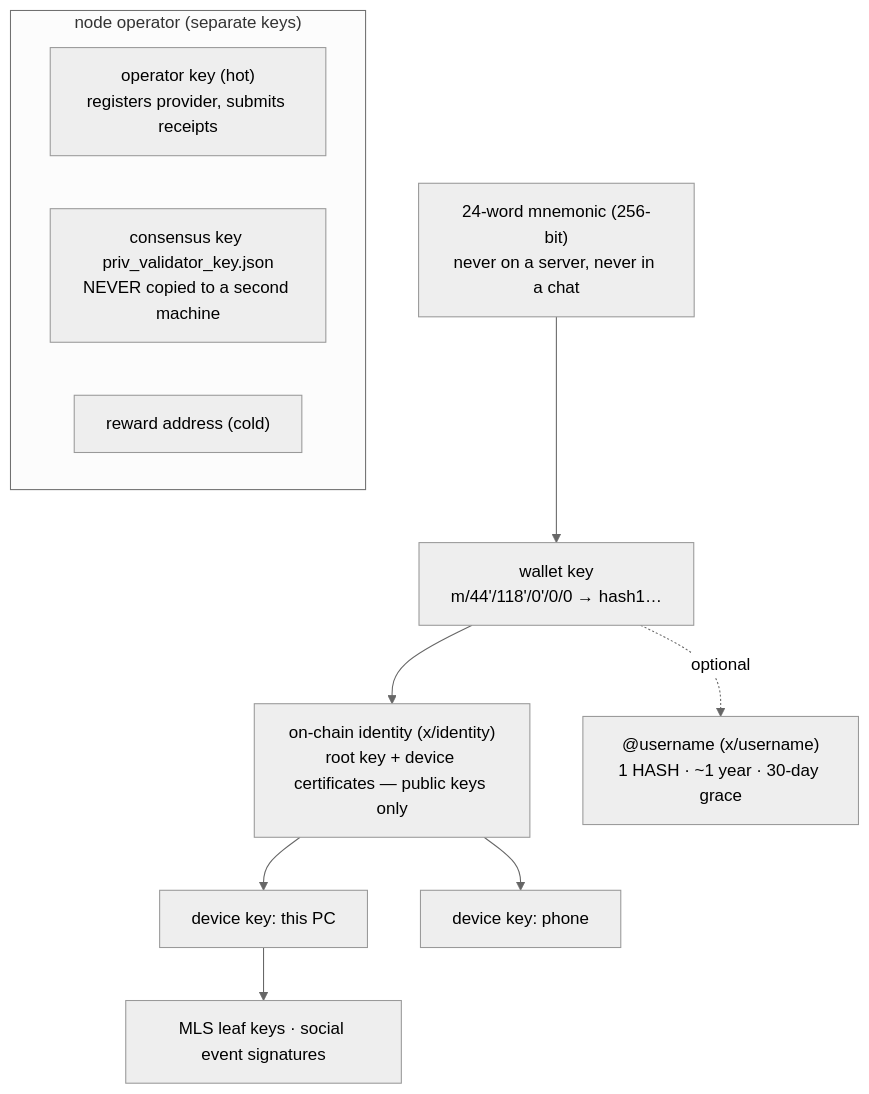
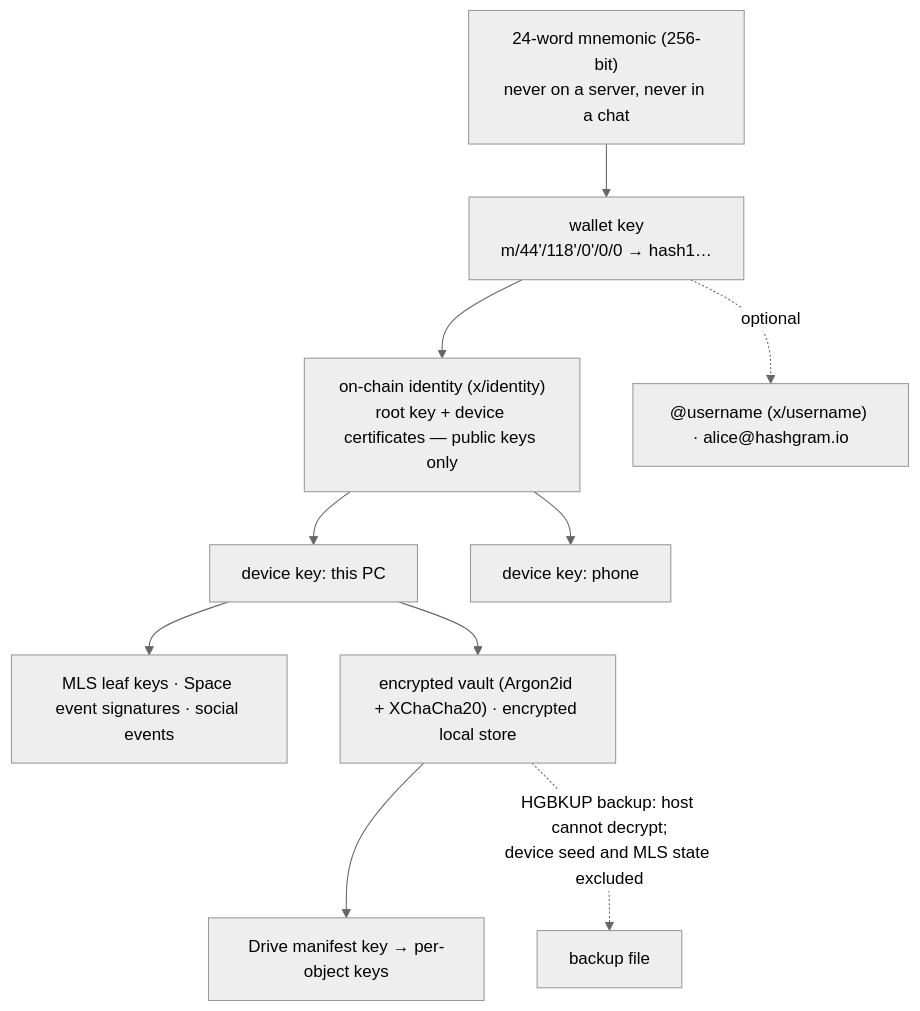
The sixth of 7 diagrams in README.md (deepdrogo/hashgram), drawn with Mermaid (neutral theme) before and after one commit. The commit also changed other lines of this file and 241 other files, not shown here.

````diff
--- a/README.md
+++ b/README.md
@@ -301,14 +265,12 @@
 ```mermaid
 flowchart TB
   M["24-word mnemonic (256-bit)<br/>never on a server, never in a chat"] --> W["wallet key<br/>m/44'/118'/0'/0/0 → hash1…"]
   W --> ID["on-chain identity (x/identity)<br/>root key + device certificates — public keys only"]
   ID --> D1["device key: this PC"]
   ID --> D2["device key: phone"]
-  D1 --> MLS["MLS leaf keys · social event signatures"]
-  W -.->|"optional"| UN["@username (x/username)<br/>1 HASH · ~1 year · 30-day grace"]
-  subgraph Operator["node operator (separate keys)"]
-    OK["operator key (hot)<br/>registers provider, submits receipts"]
-    CK["consensus key priv_validator_key.json<br/>NEVER copied to a second machine"]
-    RK["reward address (cold)"]
-  end
+  D1 --> MLS["MLS leaf keys · Space event signatures · social events"]
+  D1 --> V["encrypted vault (Argon2id + XChaCha20) · encrypted local store"]
+  V --> DK["Drive manifest key → per-object keys"]
+  W -.->|"optional"| UN["@username (x/username) · alice@hashgram.io"]
+  V -.->|"HGBKUP backup: host cannot decrypt;<br/>device seed and MLS state excluded"| BK["backup file"]
 ```
````
